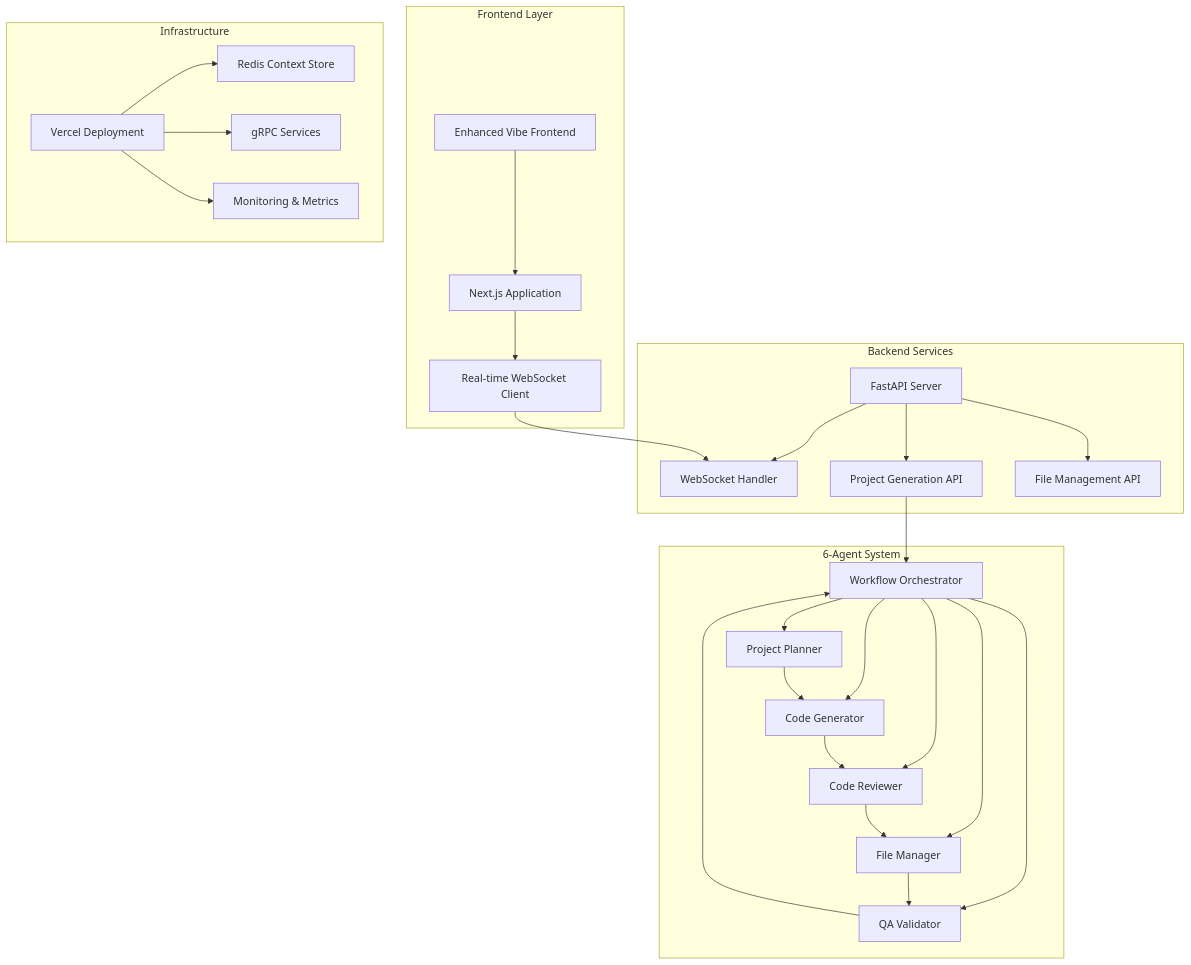
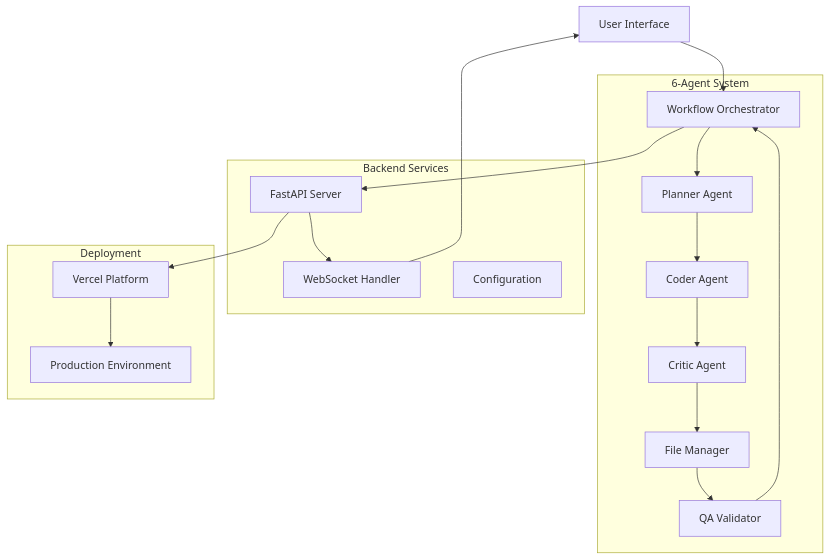
The diagram in README.md (aminchedo/MultiAgent), drawn with Mermaid before and after one commit. The commit also changed other lines of this file, not shown here.

First line of the commit message:
docs: add comprehensive README with complete project documentation

````diff
--- a/README.md
+++ b/README.md
@@ -27,35 +23,30 @@
 ```mermaid
 graph TB
-    subgraph "Frontend Layer"
-        A[Enhanced Vibe Frontend] --> B[Next.js Application]
-        B --> C[Real-time WebSocket Client]
+    User[User Interface] --> Orchestrator[Workflow Orchestrator]
+    
+    subgraph "6-Agent System"
+        Orchestrator --> Planner[Planner Agent]
+        Planner --> Coder[Coder Agent]
+        Coder --> Critic[Critic Agent]
+        Critic --> FileManager[File Manager]
+        FileManager --> QA[QA Validator]
+        QA --> Orchestrator
     end
     
     subgraph "Backend Services"
-        D[FastAPI Server] --> E[WebSocket Handler]
-        D --> F[Project Generation API]
-        D --> G[File Management API]
+        FastAPI[FastAPI Server]
+        WebSocket[WebSocket Handler]
+        Config[Configuration]
     end
     
-    subgraph "6-Agent System"
-        H[Workflow Orchestrator] --> I[Project Planner]
-        H --> J[Code Generator]
-        H --> K[Code Reviewer]
-        H --> L[File Manager]
-        H --> M[QA Validator]
+    subgraph "Deployment"
+        Vercel[Vercel Platform]
+        Production[Production Environment]
     end
     
-    subgraph "Infrastructure"
-        N[Vercel Deployment] --> O[Redis Context Store]
-        N --> P[gRPC Services]
-        N --> Q[Monitoring & Metrics]
-    end
-    
-    C --> E
-    F --> H
-    I --> J
-    J --> K
-    K --> L
-    L --> M
-    M --> H
+    Orchestrator --> FastAPI
+    FastAPI --> WebSocket
+    WebSocket --> User
+    FastAPI --> Vercel
+    Vercel --> Production
 ```
````
